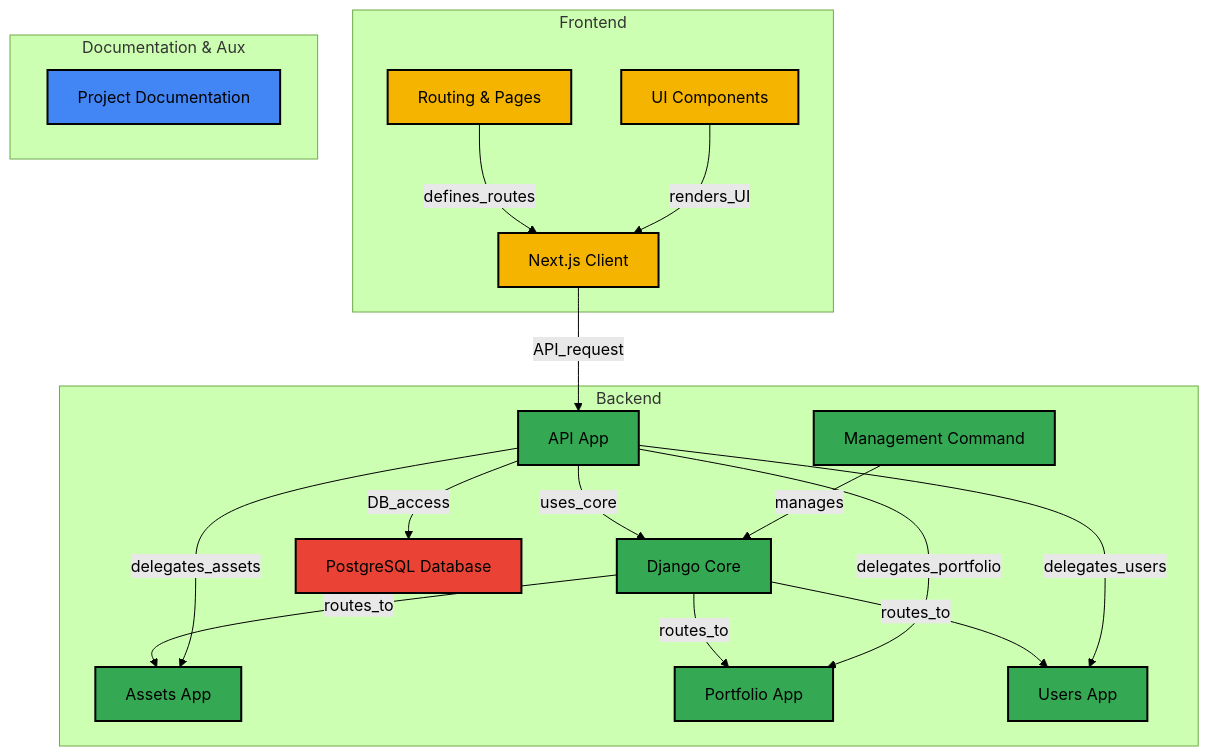
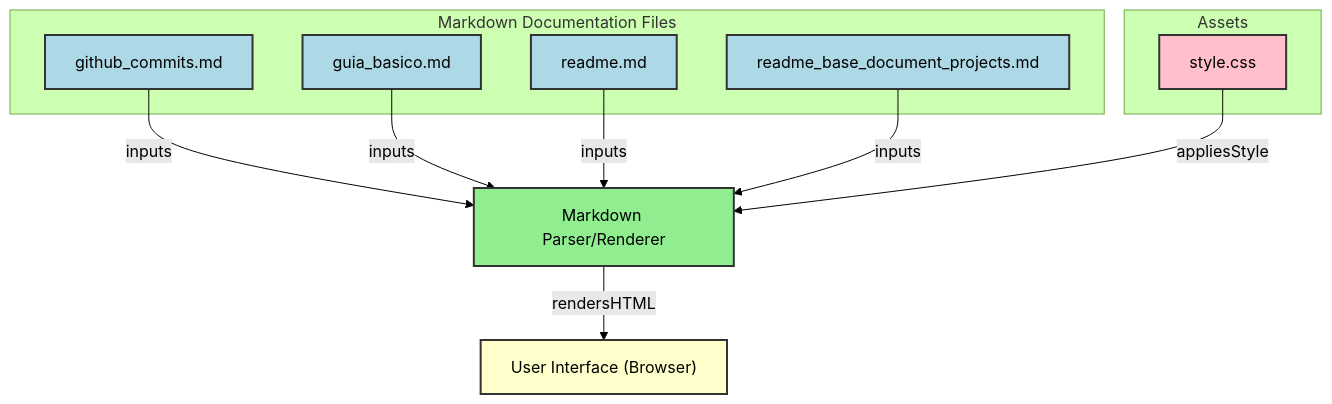
One commit to guedes-jr/Markdown changed the diagram in readme_base_document_projects.md. Above: the diagram before and after it, drawn with Mermaid (forest theme).

````diff
--- a/readme_base_document_projects.md
+++ b/readme_base_document_projects.md
@@ -86,58 +86,46 @@
 ```mermaid
 flowchart TD
-    %% Frontend Layer
-    subgraph "Frontend"
-        FN["Next.js Client"]:::frontend
-        RC["Routing & Pages"]:::frontend
-        UI["UI Components"]:::frontend
+    %% Content Layer: Markdown Files
+    subgraph "Markdown Documentation Files"
+        md1["github_commits.md"]:::markdown
+        md2["guia_basico.md"]:::markdown
+        md3["readme.md"]:::markdown
+        md4["readme_base_document_projects.md"]:::markdown
     end
 
-    %% Backend Layer
-    subgraph "Backend"
-        DC["Django Core"]:::backend
-        API["API App"]:::backend
-        AS["Assets App"]:::backend
-        PF["Portfolio App"]:::backend
-        US["Users App"]:::backend
-        DM["Management Command"]:::backend
-        DB["PostgreSQL Database"]:::database
+    %% Assets Layer: CSS
+    subgraph "Assets"
+        css["style.css"]:::css
     end
 
-    %% Documentation & Auxiliary
-    subgraph "Documentation & Aux"
-        DOC["Project Documentation"]:::docs
-    end
+    %% Processing Layer: Markdown Parser/Renderer
+    parser["Markdown Parser/Renderer"]:::parser
 
-    %% Data Flow / Relationships
-    FN -->|"API_request"| API
-    API -->|"DB_access"| DB
-    API -->|"uses_core"| DC
-    DC -->|"routes_to"| AS
-    DC -->|"routes_to"| PF
-    DC -->|"routes_to"| US
-    API -->|"delegates_assets"| AS
-    API -->|"delegates_portfolio"| PF
-    API -->|"delegates_users"| US
-    DM -->|"manages"| DC
-    RC -->|"defines_routes"| FN
-    UI -->|"renders_UI"| FN
+    %% User Interface Layer
+    browser["User Interface (Browser)"]:::ui
+
+    %% Connections from Markdown Files to Parser
+    md1 -->|"inputs"| parser
+    md2 -->|"inputs"| parser
+    md3 -->|"inputs"| parser
+    md4 -->|"inputs"| parser
+
+    %% Connection from CSS Stylesheet to Parser
+    css -->|"appliesStyle"| parser
+
+    %% Connection from Parser to Browser (Final Output)
+    parser -->|"rendersHTML"| browser
 
     %% Click Events
-    click FN "https://github.com/guedes-jr/portfoliox/tree/main/frontend/src/app"
-    click RC "https://github.com/guedes-jr/portfoliox/tree/main/frontend/src/app"
-    click UI "https://github.com/guedes-jr/portfoliox/tree/main/frontend/src/components"
-    click DC "https://github.com/guedes-jr/portfoliox/tree/main/backend/core"
-    click API "https://github.com/guedes-jr/portfoliox/tree/main/backend/api"
-    click AS "https://github.com/guedes-jr/portfoliox/tree/main/backend/assets"
-    click PF "https://github.com/guedes-jr/portfoliox/tree/main/backend/portfolio"
-    click US "https://github.com/guedes-jr/portfoliox/tree/main/backend/users"
-    click DM "https://github.com/guedes-jr/portfoliox/blob/main/backend/manage.py"
-    click DOC "https://github.com/guedes-jr/portfoliox/tree/main/docs/document"
-    click DOC "https://github.com/guedes-jr/portfoliox/tree/main/docs/git"
+    click md1 "https://github.com/guedes-jr/markdown/blob/main/github_commits.md"
+    click md2 "https://github.com/guedes-jr/markdown/blob/main/guia_basico.md"
+    click md3 "https://github.com/guedes-jr/markdown/blob/main/readme.md"
+    click md4 "https://github.com/guedes-jr/markdown/blob/main/readme_base_document_projects.md"
+    click css "https://github.com/guedes-jr/markdown/blob/main/style.css"
 
     %% Styles
-    classDef frontend fill:#f4b400,stroke:#000,stroke-width:2px;
-    classDef backend fill:#34a853,stroke:#000,stroke-width:2px;
-    classDef database fill:#ea4335,stroke:#000,stroke-width:2px;
-    classDef docs fill:#4285f4,stroke:#000,stroke-width:2px;
+    classDef markdown fill:#ADD8E6,stroke:#333,stroke-width:2px;
+    classDef parser fill:#90EE90,stroke:#333,stroke-width:2px;
+    classDef css fill:#FFC0CB,stroke:#333,stroke-width:2px;
+    classDef ui fill:#FFFFCC,stroke:#333,stroke-width:2px;
 ```
````
